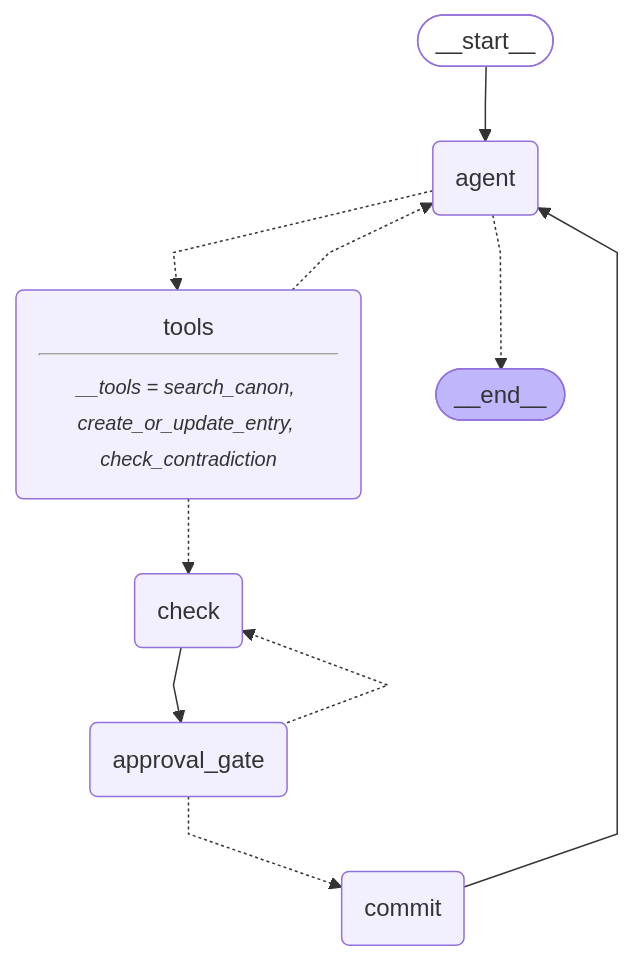
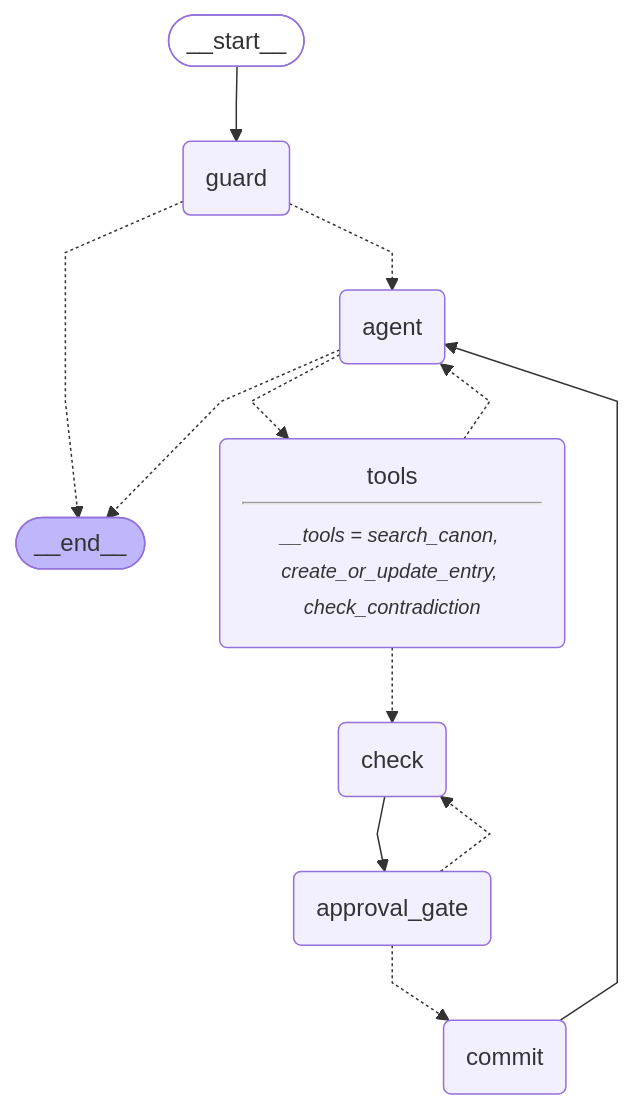
Before and after one commit to qamran/Sagaloom: the diagram in README.md, drawn with Mermaid. The commit also changed other lines of this file and 2 other files, not shown here.

````diff
--- a/README.md
+++ b/README.md
@@ -94,27 +112,30 @@
 ```mermaid
 ---
 config:
   flowchart:
     curve: linear
 ---
 graph TD;
 	__start__([<p>__start__</p>]):::first
+	guard(guard)
 	agent(agent)
 	tools(tools<hr/><small><em>__tools = search_canon, create_or_update_entry, check_contradiction</em></small>)
 	check(check)
 	approval_gate(approval_gate)
 	commit(commit)
 	__end__([<p>__end__</p>]):::last
-	__start__ --> agent;
+	__start__ --> guard;
 	agent -.-> __end__;
 	agent -.-> tools;
 	approval_gate -.-> check;
 	approval_gate -.-> commit;
 	check --> approval_gate;
 	commit --> agent;
+	guard -.-> __end__;
+	guard -.-> agent;
 	tools -.-> agent;
 	tools -.-> check;
 	classDef default fill:#f2f0ff,line-height:1.2
 	classDef first fill-opacity:0
 	classDef last fill:#bfb6fc
 ```
````
